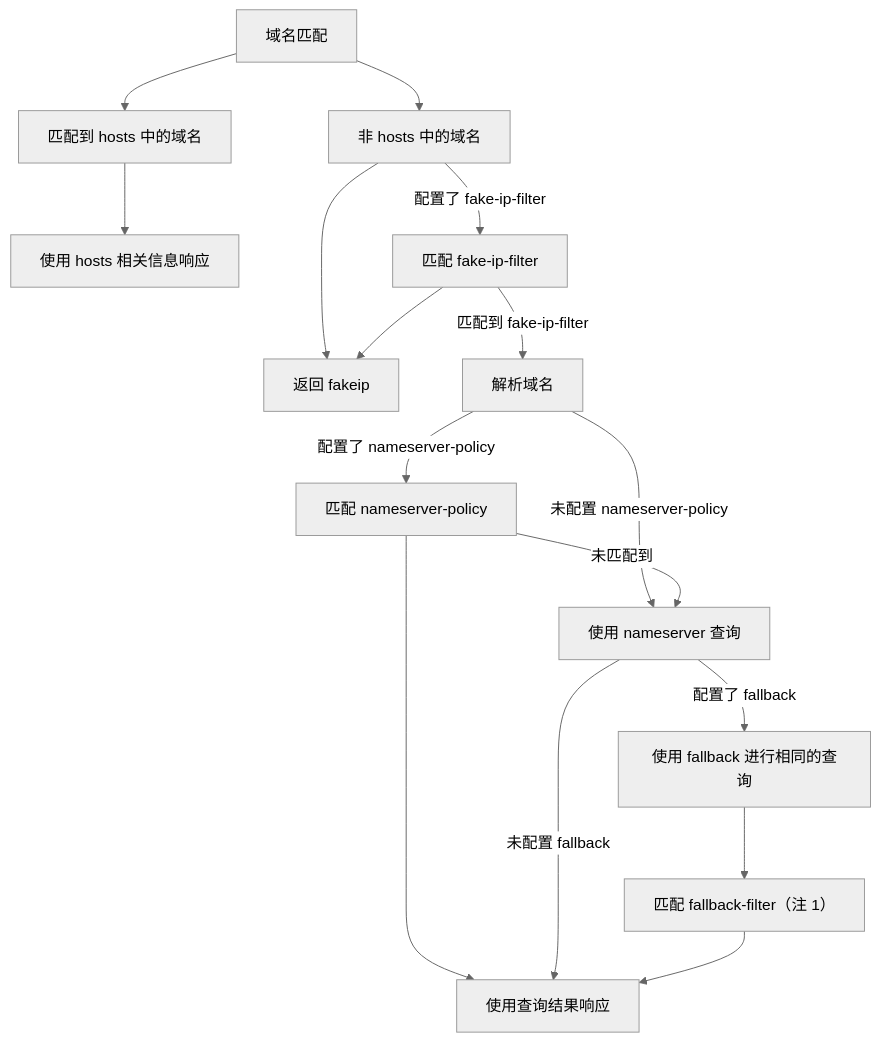
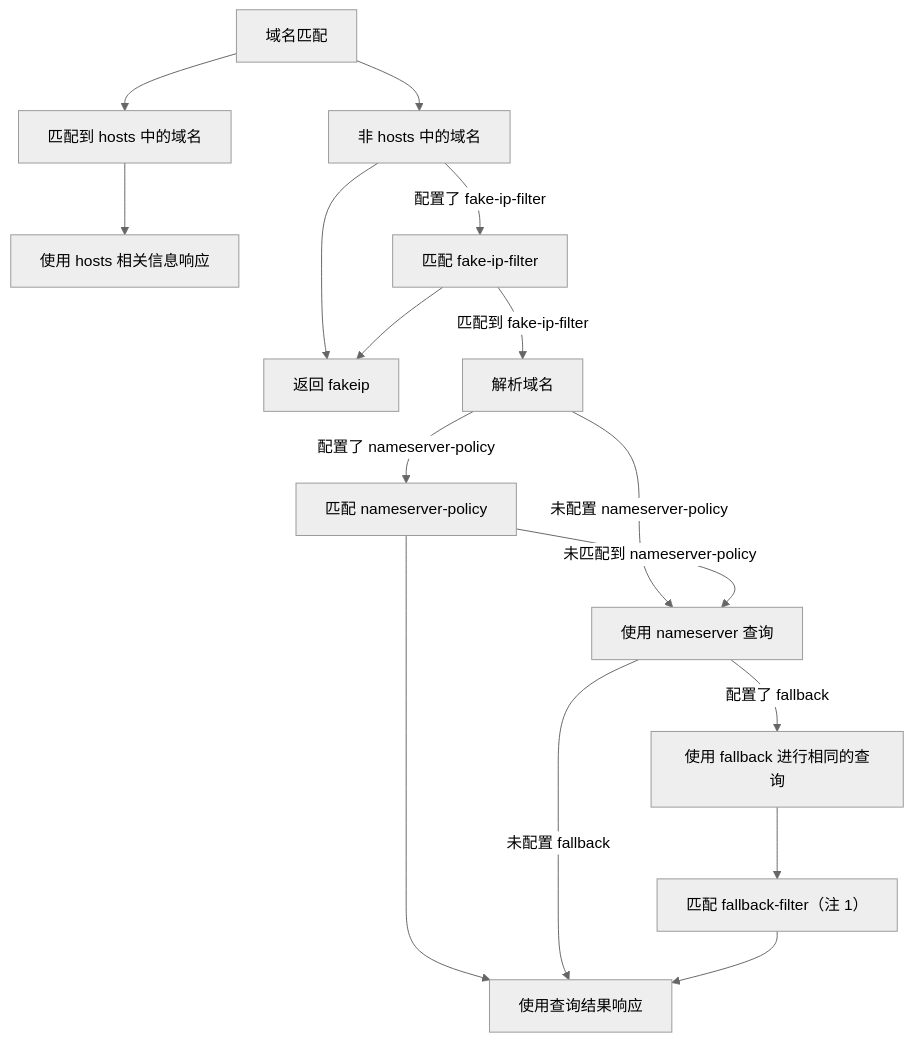
One commit to skrik2/skrik2.github.io changed the second of 2 diagrams in 2026/07/1-mihomo-mental-model.md. Above: the diagram before and after it, drawn with Mermaid (neutral theme).

Commit message:
update mihomo mental model

````diff
--- a/2026/07/1-mihomo-mental-model.md
+++ b/2026/07/1-mihomo-mental-model.md
@@ -93,48 +93,48 @@
 ```mermaid
 flowchart TD
 
 %% node
   Rule[域名匹配]
   hosts[匹配到 hosts 中的域名]
   not-hosts[非 hosts 中的域名]
 
   response-hosts[使用 hosts 相关信息响应]
   fake-ip-filter[匹配 fake-ip-filter]
 
   return-fakeip[返回 fakeip]
 
   resolve[解析域名]
 
   nameserver[使用 nameserver 查询]
   nameserver-policy[匹配 nameserver-policy]
 
   response[使用查询结果响应]
 
   fallback[使用 fallback 进行相同的查询]
   fallback-filter[匹配 fallback-filter（注 1）]
 
 %% flow 
 
   Rule --> hosts
   Rule --> not-hosts
 
   hosts --> response-hosts
   not-hosts -- 配置了 fake-ip-filter --> fake-ip-filter
   not-hosts --> return-fakeip
 
   fake-ip-filter -- 匹配到 fake-ip-filter --> resolve
   fake-ip-filter --> return-fakeip
 
   resolve -- 配置了 nameserver-policy --> nameserver-policy
   resolve -- 未配置 nameserver-policy --> nameserver
 
-  nameserver-policy -- 未匹配到 --> nameserver
+  nameserver-policy -- 未匹配到 nameserver-policy--> nameserver
   nameserver-policy --> response
 
   nameserver -- 配置了 fallback --> fallback
   nameserver -- 未配置 fallback --> response
 
   fallback --> fallback-filter
 
   fallback-filter --> response
 ```
````
